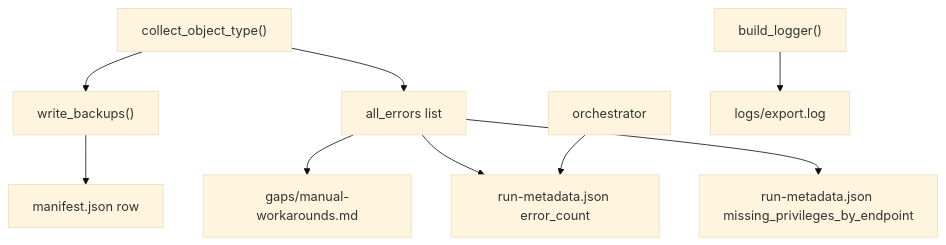
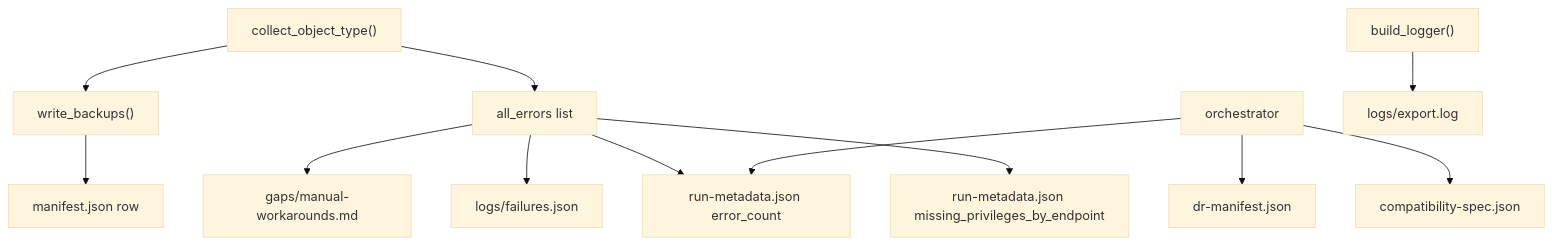
Before and after one commit to roto31/jamf-dossier: the diagram in docs/output/manifest-gaps-logs.md, drawn with Mermaid (base theme). The commit also changed other lines of this file and 43 other files, not shown here.

````diff
--- a/docs/output/manifest-gaps-logs.md
+++ b/docs/output/manifest-gaps-logs.md
@@ -130,11 +157,14 @@
 ```mermaid
 flowchart TD
   Collect["collect_object_type()"] --> Backup["write_backups()"]
   Backup --> ManifestJSON["manifest.json row"]
   Collect --> Errors["all_errors list"]
   Errors --> GapsMD["gaps/manual-workarounds.md"]
+  Errors --> FailJSON["logs/failures.json"]
   Errors --> RunMeta["run-metadata.json error_count"]
   Errors --> Priv["run-metadata.json missing_privileges_by_endpoint"]
   Orch["orchestrator"] --> RunMeta
+  Orch --> DRMan["dr-manifest.json"]
+  Orch --> Compat["compatibility-spec.json"]
   Logger["build_logger()"] --> ExportLog["logs/export.log"]
 ```
````
